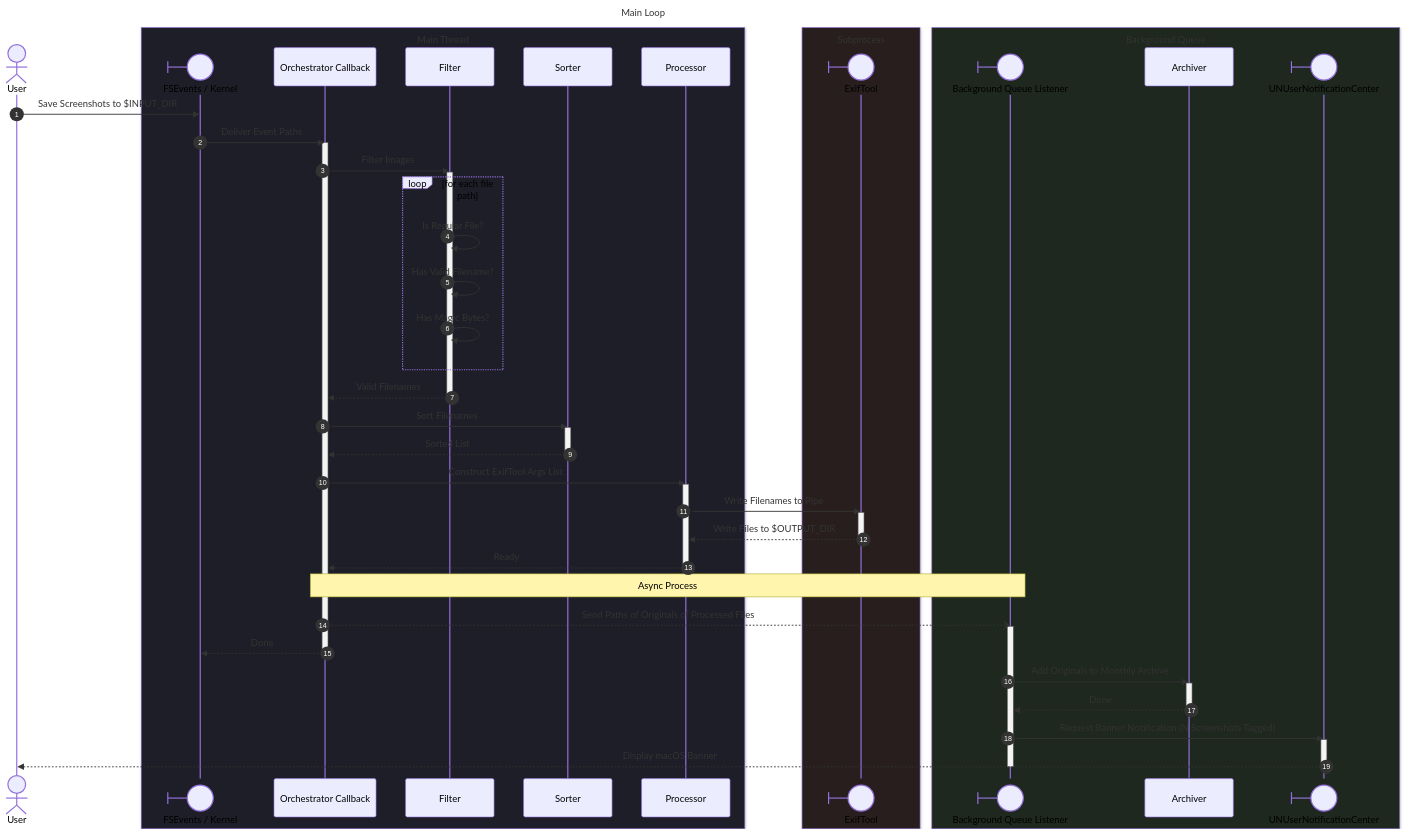
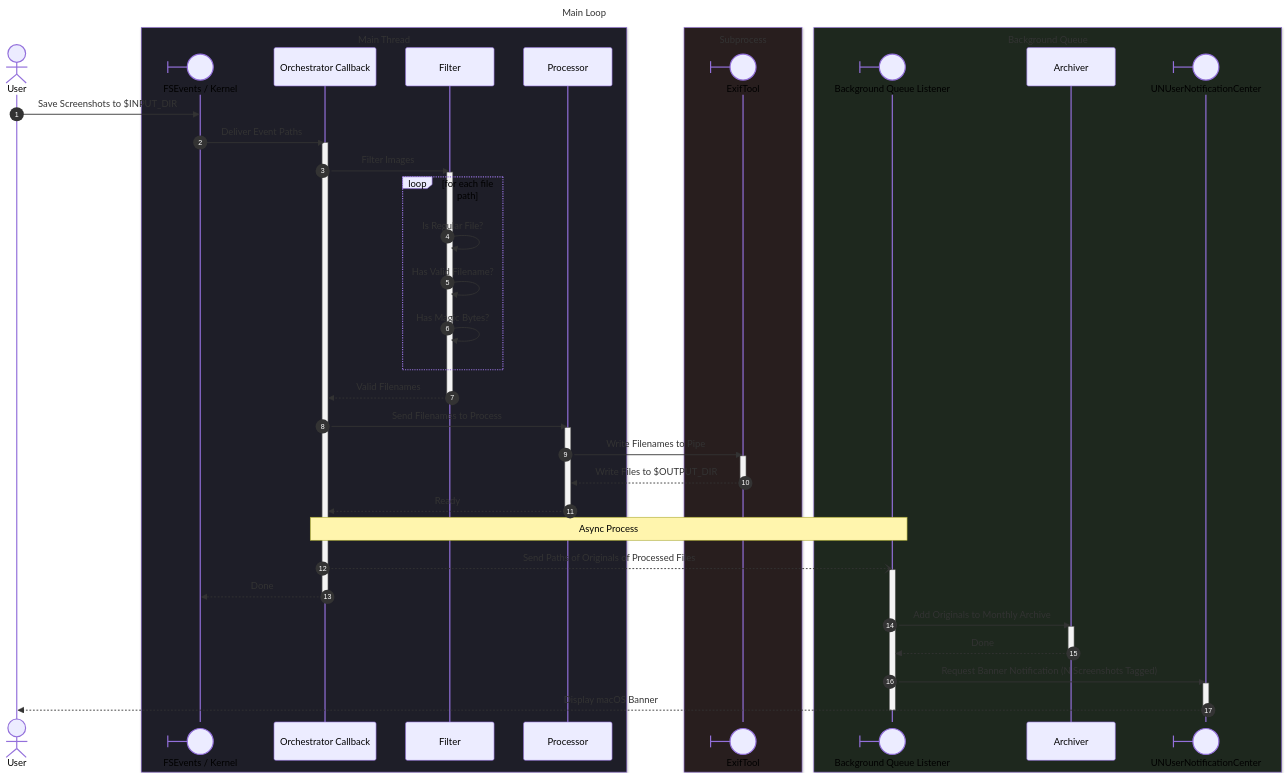
One commit to CharlesMC11/sst changed the diagram in Documentation/sequence-diagram_main-loop.mmd. Above: the diagram before and after it, drawn with Mermaid. The commit also changed 6 other files, not shown here.

```diff
--- a/Documentation/sequence-diagram_main-loop.mmd
+++ b/Documentation/sequence-diagram_main-loop.mmd
@@ -1,72 +1,66 @@
 ---
 title: Main Loop
 ---
 sequenceDiagram
   autonumber
 
   actor User
 
   box rgb(30, 30, 40) Main Thread
     participant FS@{ type: boundary } as FSEvents / Kernel
     participant O as Orchestrator Callback
     participant F as Filter
-    participant S as Sorter
     participant P as Processor
   end
 
   box rgb(40, 30, 30) Subprocess
     participant ET@{ type: boundary } as ExifTool
   end
 
   box rgb(30, 40, 30) Background Queue
     participant BG@{ type: boundary } as Background Queue Listener
     participant A as Archiver
     participant N@{ type: boundary } as UNUserNotificationCenter
   end
 
   User ->> FS : Save Screenshots to $INPUT_DIR
   FS ->> O : Deliver Event Paths
 
   activate O
     O ->> F : Filter Images
       activate F
         loop for each file path
           F ->> F : Is Regular File?
           F ->> F : Has Valid Filename?
           F ->> F : Has Magic Bytes?
         end
         F -->> O : Valid Filenames
       deactivate F
 
-    O ->> S : Sort Filenames
-    activate S
-      S -->> O : Sorted List
-    deactivate S
-
-    O ->> P : Construct ExifTool Args List
+    O ->> P : Send Filenames to Process
     activate P
       P ->> ET : Write Filenames to Pipe
       activate ET
         ET -->> P : Write Files to $OUTPUT_DIR
       deactivate ET
       P -->> O : Ready
     deactivate P
 
     Note over O,BG: Async Process
     O --) BG : Send Paths of Originals of Processed Files
     activate BG
       O -->> FS : Done
 
   deactivate O
 
       BG ->> A : Add Originals to Monthly Archive
       activate A
       A -->> BG : Done
       deactivate A
 
       BG ->> N : Request Banner Notification (N Screenshots Tagged)
 
       activate N
         N -->> User : Display macOS Banner
       deactivate N
     deactivate BG
```
